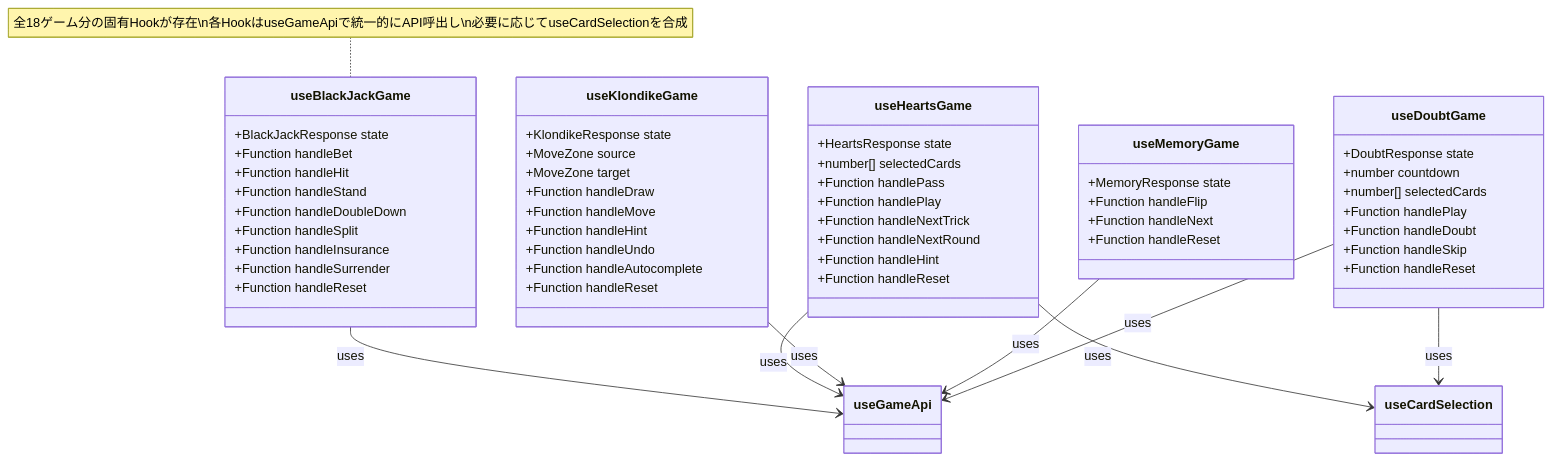
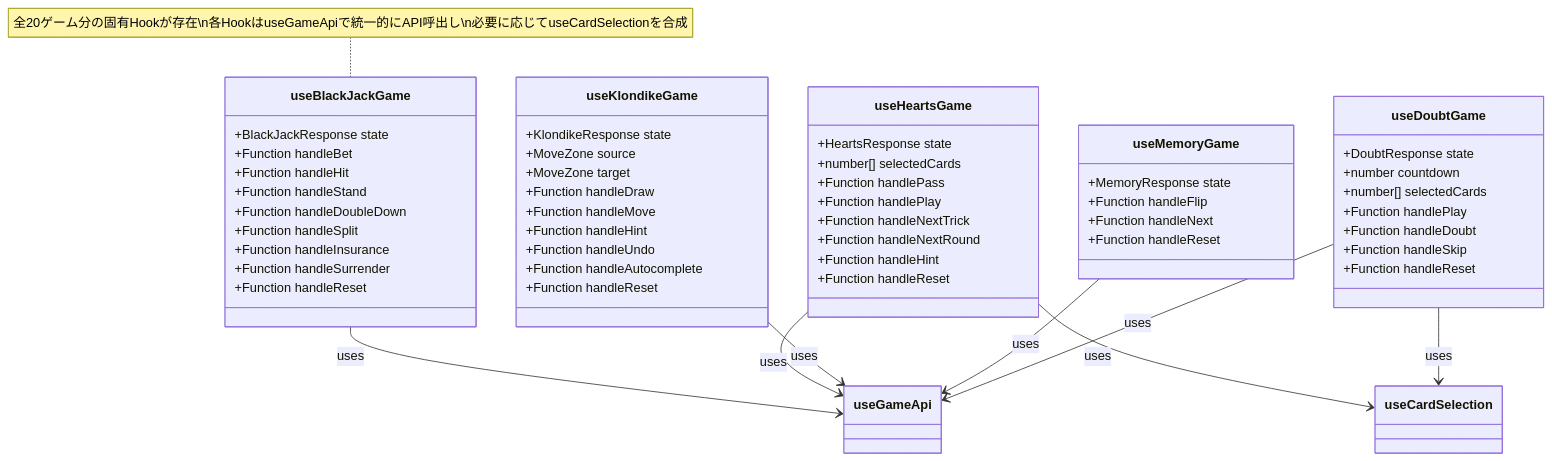
Before and after one commit to yuta-yoshinaga/go_trumpcards: the fifth of 18 diagrams in docs/design/frontend.md, drawn with Mermaid. The commit also changed other lines of this file and 50 other files, not shown here.

````diff
--- a/docs/design/frontend.md
+++ b/docs/design/frontend.md
@@ -384,64 +392,64 @@
 ```mermaid
 classDiagram
     class useBlackJackGame {
         +BlackJackResponse state
         +Function handleBet
         +Function handleHit
         +Function handleStand
         +Function handleDoubleDown
         +Function handleSplit
         +Function handleInsurance
         +Function handleSurrender
         +Function handleReset
     }
 
     class useHeartsGame {
         +HeartsResponse state
         +number[] selectedCards
         +Function handlePass
         +Function handlePlay
         +Function handleNextTrick
         +Function handleNextRound
         +Function handleHint
         +Function handleReset
     }
 
     class useKlondikeGame {
         +KlondikeResponse state
         +MoveZone source
         +MoveZone target
         +Function handleDraw
         +Function handleMove
         +Function handleHint
         +Function handleUndo
         +Function handleAutocomplete
         +Function handleReset
     }
 
     class useMemoryGame {
         +MemoryResponse state
         +Function handleFlip
         +Function handleNext
         +Function handleReset
     }
 
     class useDoubtGame {
         +DoubtResponse state
         +number countdown
         +number[] selectedCards
         +Function handlePlay
         +Function handleDoubt
         +Function handleSkip
         +Function handleReset
     }
 
     useBlackJackGame --> useGameApi : uses
     useHeartsGame --> useGameApi : uses
     useHeartsGame --> useCardSelection : uses
     useKlondikeGame --> useGameApi : uses
     useMemoryGame --> useGameApi : uses
     useDoubtGame --> useGameApi : uses
     useDoubtGame --> useCardSelection : uses
 
-    note for useBlackJackGame "全18ゲーム分の固有Hookが存在\n各HookはuseGameApiで統一的にAPI呼出し\n必要に応じてuseCardSelectionを合成"
+    note for useBlackJackGame "全20ゲーム分の固有Hookが存在\n各HookはuseGameApiで統一的にAPI呼出し\n必要に応じてuseCardSelectionを合成"
 ```
````
